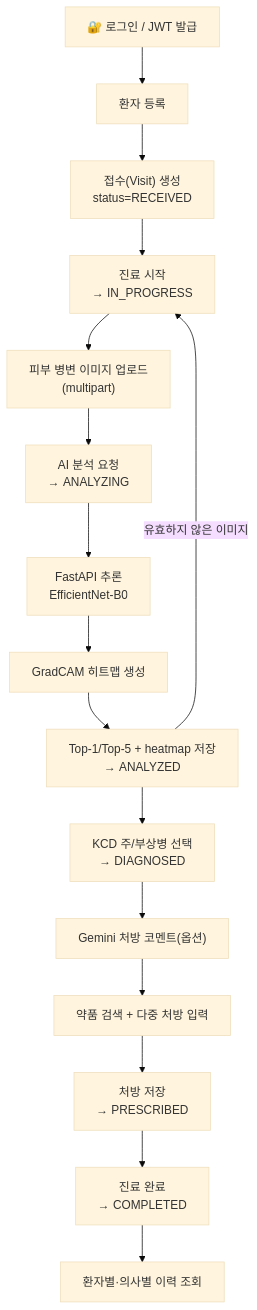
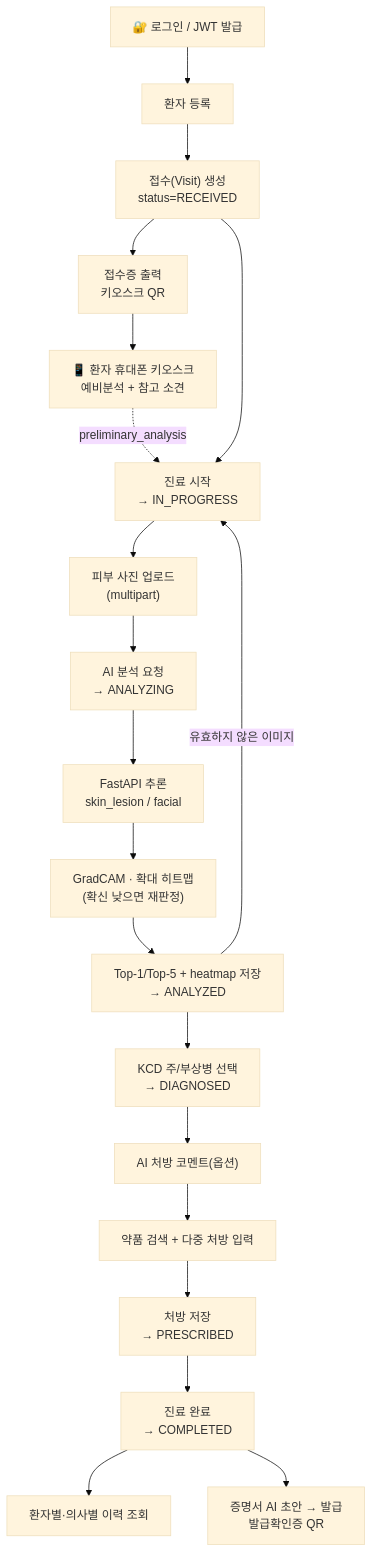
Before and after one commit to CSID-DGU/2026-1-CECD1-5-Artifact-9: the third of 4 diagrams in README.md, drawn with Mermaid (base theme). The commit also changed other lines of this file and 10 other files, not shown here.

````diff
--- a/README.md
+++ b/README.md
@@ -274,18 +368,22 @@
 ```mermaid
 flowchart TD
     L["🔐 로그인 / JWT 발급"] --> A["환자 등록"]
     A --> B["접수(Visit) 생성<br/>status=RECEIVED"]
+    B --> Q["접수증 출력<br/>키오스크 QR"]
+    Q --> K["📱 환자 휴대폰 키오스크<br/>예비분석 + 참고 소견"]
+    K -.->|"preliminary_analysis"| C
     B --> C["진료 시작<br/>→ IN_PROGRESS"]
-    C --> D["피부 병변 이미지 업로드<br/>(multipart)"]
+    C --> D["피부 사진 업로드<br/>(multipart)"]
     D --> E["AI 분석 요청<br/>→ ANALYZING"]
-    E --> F["FastAPI 추론<br/>EfficientNet-B0"]
-    F --> G["GradCAM 히트맵 생성"]
+    E --> F["FastAPI 추론<br/>skin_lesion / facial"]
+    F --> G["GradCAM · 확대 히트맵<br/>(확신 낮으면 재판정)"]
     G --> H["Top-1/Top-5 + heatmap 저장<br/>→ ANALYZED"]
     H -->|"유효하지 않은 이미지"| C
     H --> I["KCD 주/부상병 선택<br/>→ DIAGNOSED"]
-    I --> J["Gemini 처방 코멘트(옵션)"]
-    J --> K["약품 검색 + 다중 처방 입력"]
-    K --> M["처방 저장<br/>→ PRESCRIBED"]
+    I --> J["AI 처방 코멘트(옵션)"]
+    J --> K2["약품 검색 + 다중 처방 입력"]
+    K2 --> M["처방 저장<br/>→ PRESCRIBED"]
     M --> N["진료 완료<br/>→ COMPLETED"]
     N --> O["환자별·의사별 이력 조회"]
+    N --> R["증명서 AI 초안 → 발급<br/>발급확인증 QR"]
 ```
````
